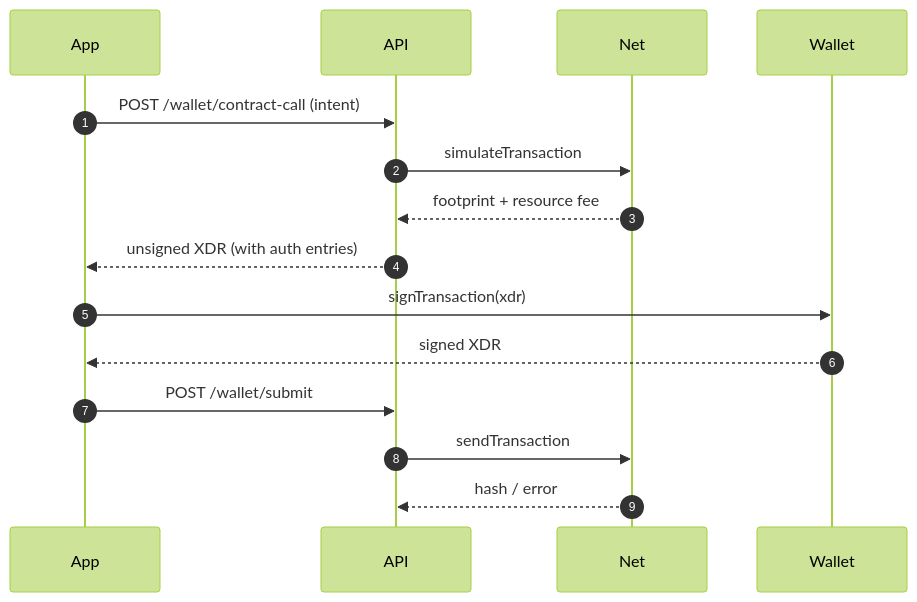
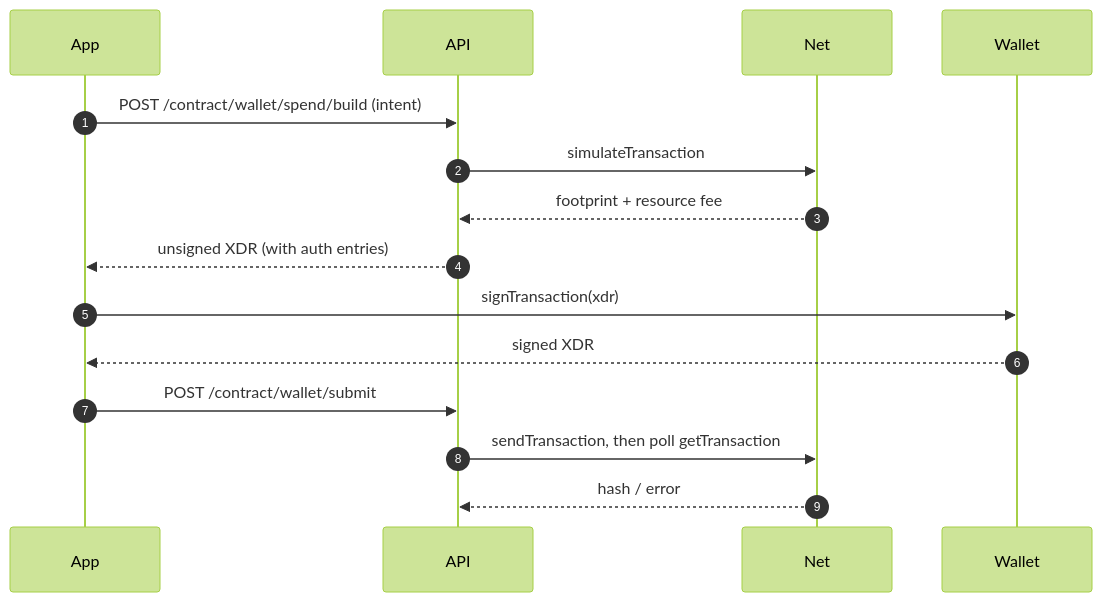
Before and after one commit to Divine-designs/Stellar-Global-Wallet: the second of 2 diagrams in backend/docs/client-signing.md, drawn with Mermaid (forest theme). The commit also changed other lines of this file and 3 other files, not shown here.

First line of the commit message:
docs(backend): document the client-signing build and submit routes

````diff
--- a/backend/docs/client-signing.md
+++ b/backend/docs/client-signing.md
@@ -145,13 +169,13 @@
 ```mermaid
 sequenceDiagram
     autonumber
-    App->>API: POST /wallet/contract-call (intent)
+    App->>API: POST /contract/wallet/spend/build (intent)
     API->>Net: simulateTransaction
     Net-->>API: footprint + resource fee
     API-->>App: unsigned XDR (with auth entries)
     App->>Wallet: signTransaction(xdr)
     Wallet-->>App: signed XDR
-    App->>API: POST /wallet/submit
-    API->>Net: sendTransaction
+    App->>API: POST /contract/wallet/submit
+    API->>Net: sendTransaction, then poll getTransaction
     Net-->>API: hash / error
 ```
````
